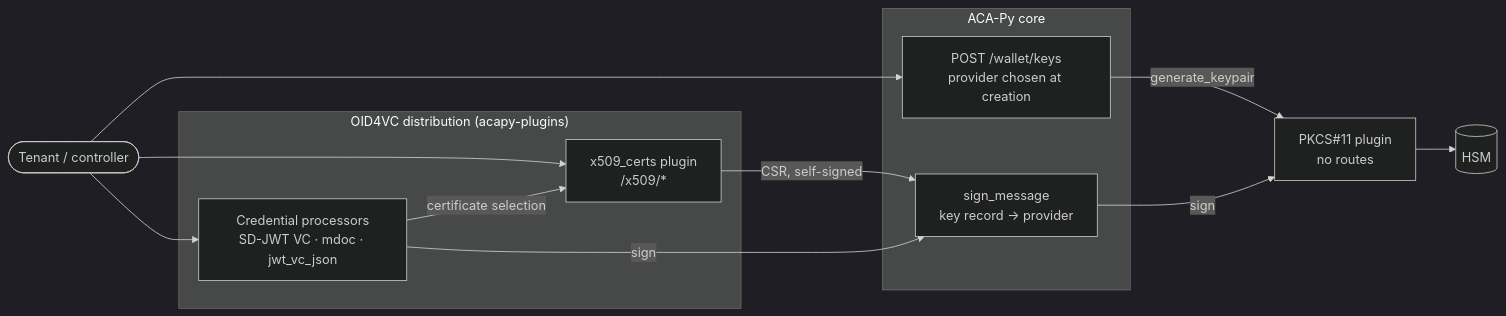
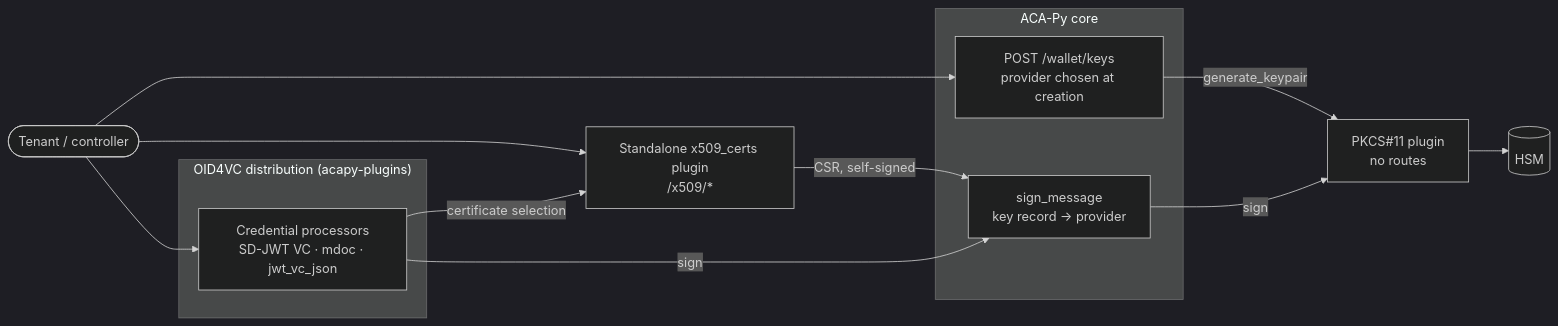
One commit to weiiv/acapy-plugins changed the first of 2 diagrams in oid4vc/docs/OID4VCIssuerKeysX509.md. Above: the diagram before and after it, drawn with Mermaid (dark theme). The commit also changed other lines of this file and 21 other files, not shown here.

Commit message:
feat: move x509_certs out as a standalone plugin

````diff
--- a/oid4vc/docs/OID4VCIssuerKeysX509.md
+++ b/oid4vc/docs/OID4VCIssuerKeysX509.md
@@ -19,21 +19,21 @@
 ```mermaid
 flowchart LR
     Tenant(["Tenant / controller"])
     subgraph Core["ACA-Py core"]
         Keys["POST /wallet/keys<br/>provider chosen at creation"]
         Sign["sign_message<br/>key record → provider"]
     end
     subgraph OID4VC["OID4VC distribution (acapy-plugins)"]
-        X509["x509_certs plugin<br/>/x509/*"]
         Procs["Credential processors<br/>SD-JWT VC · mdoc · jwt_vc_json"]
     end
+    X509["Standalone x509_certs plugin<br/>/x509/*"]
     PKCS11["PKCS#11 plugin<br/>no routes"]
     HSM[("HSM")]
     Tenant --> Keys & X509 & Procs
     Keys -->|generate_keypair| PKCS11
     Sign -->|sign| PKCS11
     PKCS11 --> HSM
     X509 -->|CSR, self-signed| Sign
     Procs -->|certificate selection| X509
     Procs -->|sign| Sign
 ```
````
